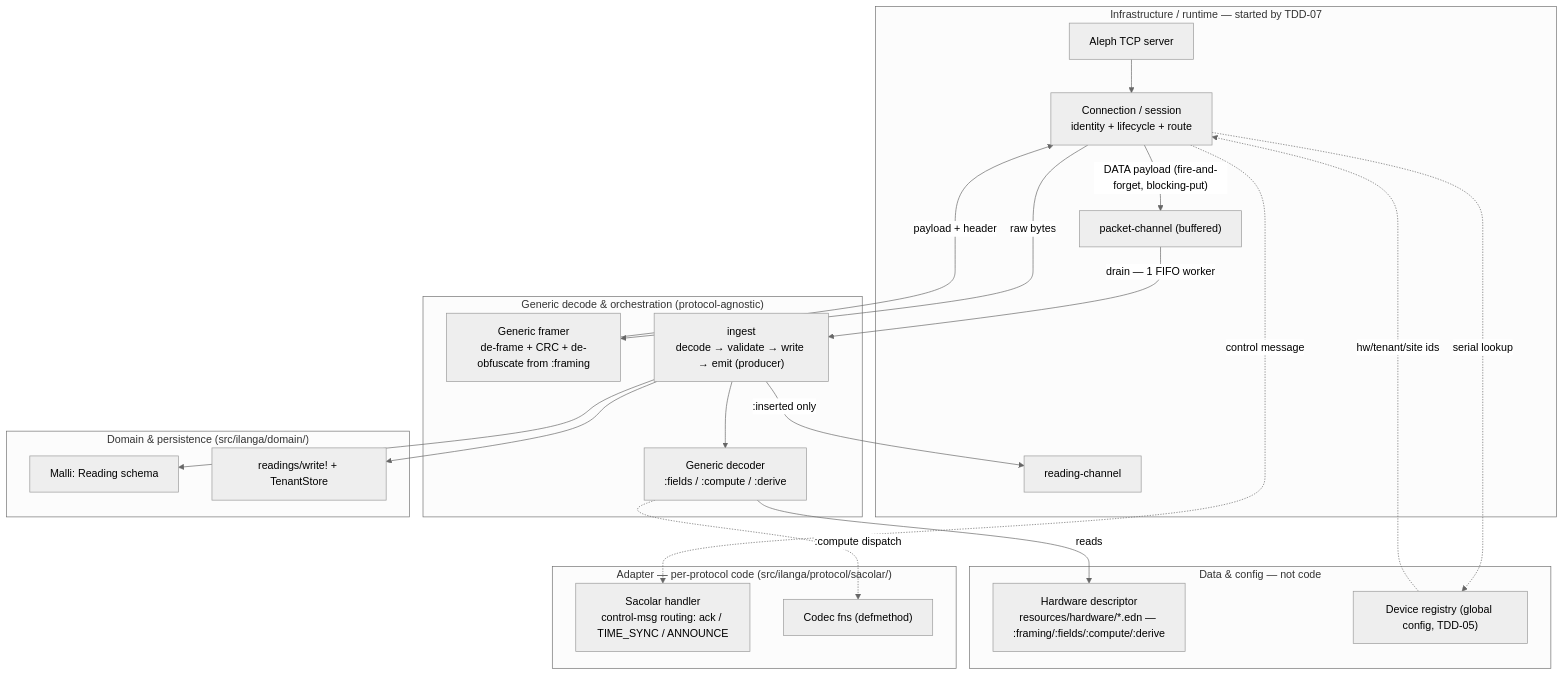
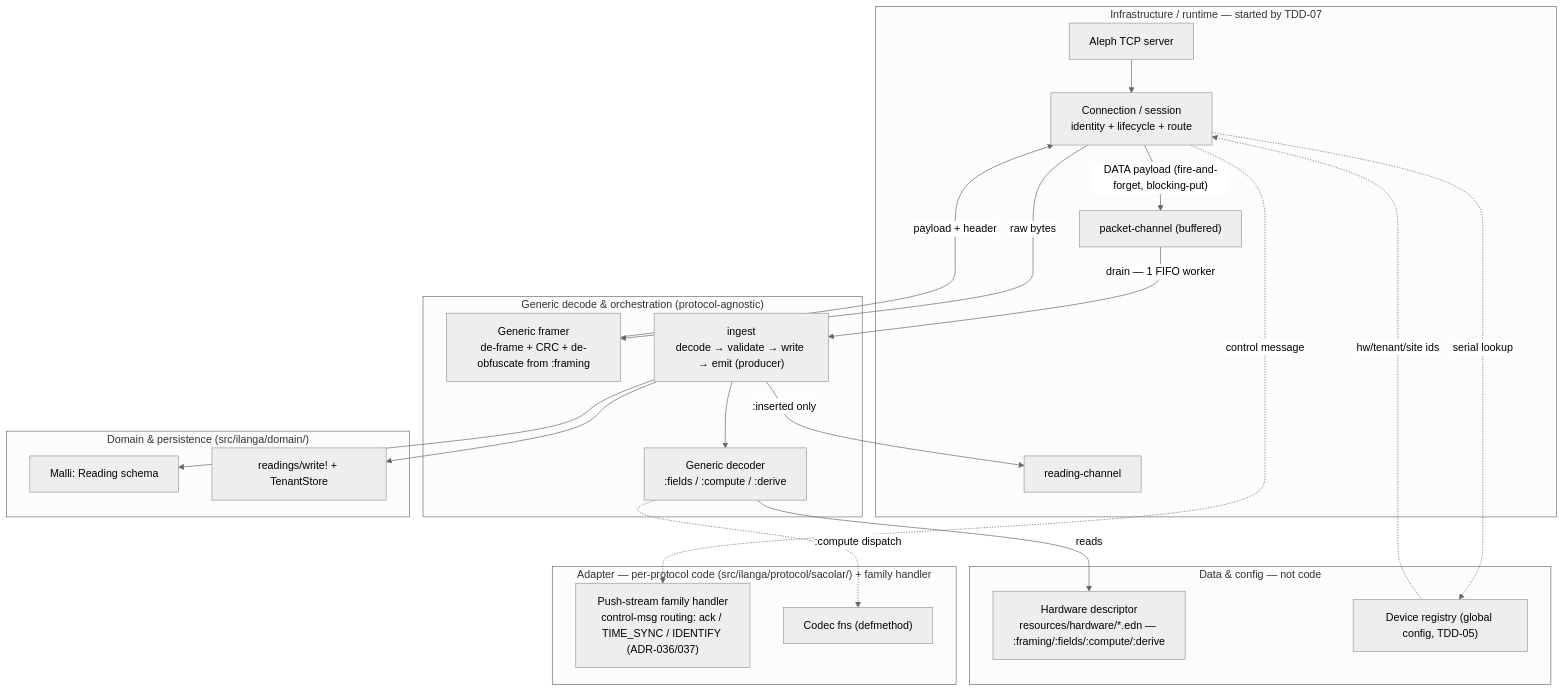
Before and after one commit to GomoSDG/ilanga: the diagram in doc/design/01-ingestion-device-identity.md, drawn with Mermaid (neutral theme). The commit also changed other lines of this file and 3 other files, not shown here.

First line of the commit message:
doc: ADR-036 connection family taxonomy + ADR-037 push-stream control-routing vocab

````diff
--- a/doc/design/01-ingestion-device-identity.md
+++ b/doc/design/01-ingestion-device-identity.md
@@ -18,41 +20,41 @@
 ```mermaid
 flowchart TD
     subgraph INFRA["Infrastructure / runtime — started by TDD-07"]
         T["Aleph TCP server"]
         S["Connection / session<br/>identity + lifecycle + route"]
         PC["packet-channel (buffered)"]
         RC["reading-channel"]
     end
     subgraph GENERIC["Generic decode & orchestration (protocol-agnostic)"]
         FR["Generic framer<br/>de-frame + CRC + de-obfuscate from :framing"]
         D["Generic decoder<br/>:fields / :compute / :derive"]
         IG["ingest<br/>decode → validate → write → emit (producer)"]
     end
-    subgraph ADAPTER["Adapter — per-protocol code (src/ilanga/protocol/sacolar/)"]
-        H["Sacolar handler<br/>control-msg routing: ack / TIME_SYNC / ANNOUNCE"]
+    subgraph ADAPTER["Adapter — per-protocol code (src/ilanga/protocol/sacolar/) + family handler"]
+        H["Push-stream family handler<br/>control-msg routing: ack / TIME_SYNC / IDENTIFY (ADR-036/037)"]
         K["Codec fns (defmethod)"]
     end
     subgraph DATA["Data & config — not code"]
         DESC["Hardware descriptor<br/>resources/hardware/*.edn — :framing/:fields/:compute/:derive"]
         REG["Device registry (global config, TDD-05)"]
     end
     subgraph DOMAIN["Domain & persistence (src/ilanga/domain/)"]
         M["Malli: Reading schema"]
         W["readings/write! + TenantStore"]
     end
 
     T --> S
     S -->|raw bytes| FR
     FR -->|payload + header| S
     S -.->|control message| H
     S -.->|serial lookup| REG
     REG -.->|hw/tenant/site ids| S
     S -->|"DATA payload (fire-and-forget, blocking-put)"| PC
     PC -->|drain — 1 FIFO worker| IG
     IG --> D
     D -->|reads| DESC
     D -.->|:compute dispatch| K
     IG --> M
     IG --> W
     IG -->|:inserted only| RC
 ```
````
